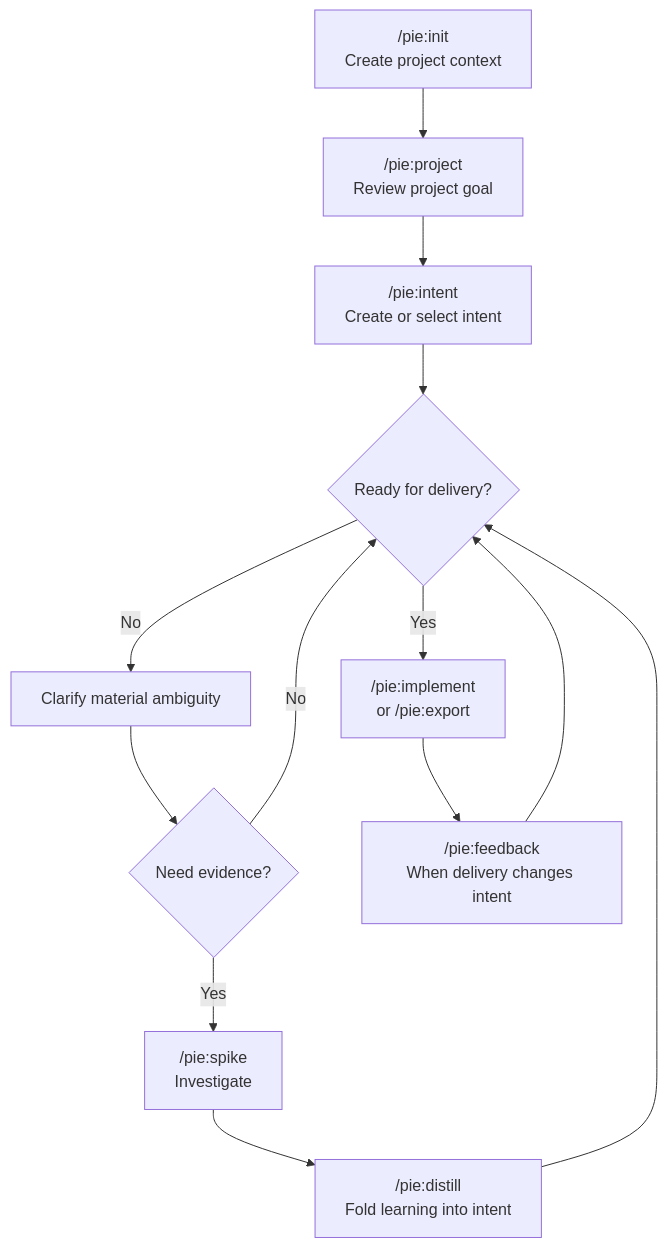
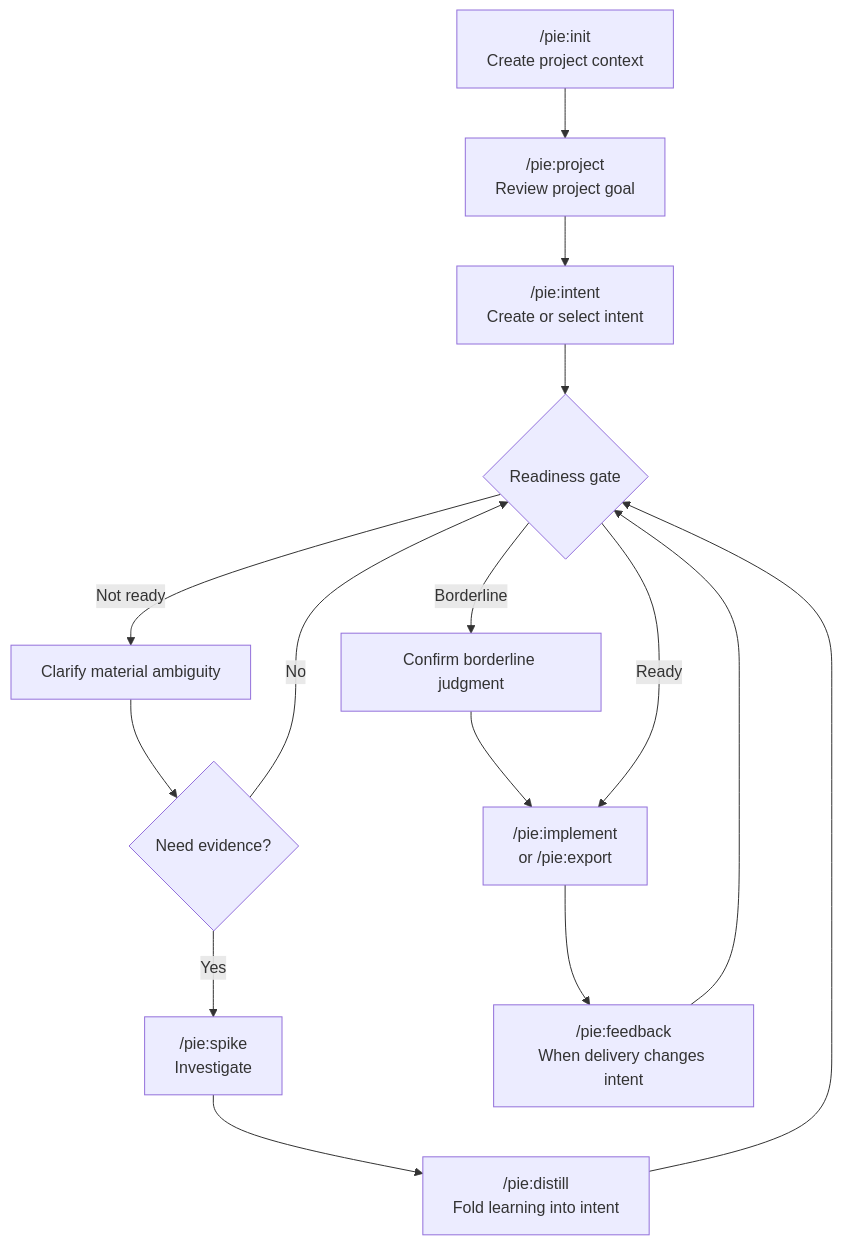
The second of 2 diagrams in README.md (qiangxue/pie), drawn with Mermaid before and after one commit. The commit also changed other lines of this file and 23 other files, not shown here.

````diff
--- a/README.md
+++ b/README.md
@@ -71,20 +71,22 @@
 ```mermaid
 flowchart TD
   Init["/pie:init<br/>Create project context"]
   ProjectCmd["/pie:project<br/>Review project goal"]
   IntentCmd["/pie:intent<br/>Create or select intent"]
-  Ready{"Ready for delivery?"}
+  Ready{"Readiness gate"}
   Clarify["Clarify material ambiguity"]
   NeedEvidence{"Need evidence?"}
   SpikeCmd["/pie:spike<br/>Investigate"]
   Distill["/pie:distill<br/>Fold learning into intent"]
+  Confirm["Confirm borderline judgment"]
   Deliver["/pie:implement<br/>or /pie:export"]
   FeedbackCmd["/pie:feedback<br/>When delivery changes intent"]
 
   Init --> ProjectCmd --> IntentCmd --> Ready
-  Ready -- "No" --> Clarify --> NeedEvidence
+  Ready -- "Not ready" --> Clarify --> NeedEvidence
   NeedEvidence -- "Yes" --> SpikeCmd --> Distill --> Ready
   NeedEvidence -- "No" --> Ready
-  Ready -- "Yes" --> Deliver --> FeedbackCmd
+  Ready -- "Borderline" --> Confirm --> Deliver
+  Ready -- "Ready" --> Deliver --> FeedbackCmd
   FeedbackCmd --> Ready
 ```
````
